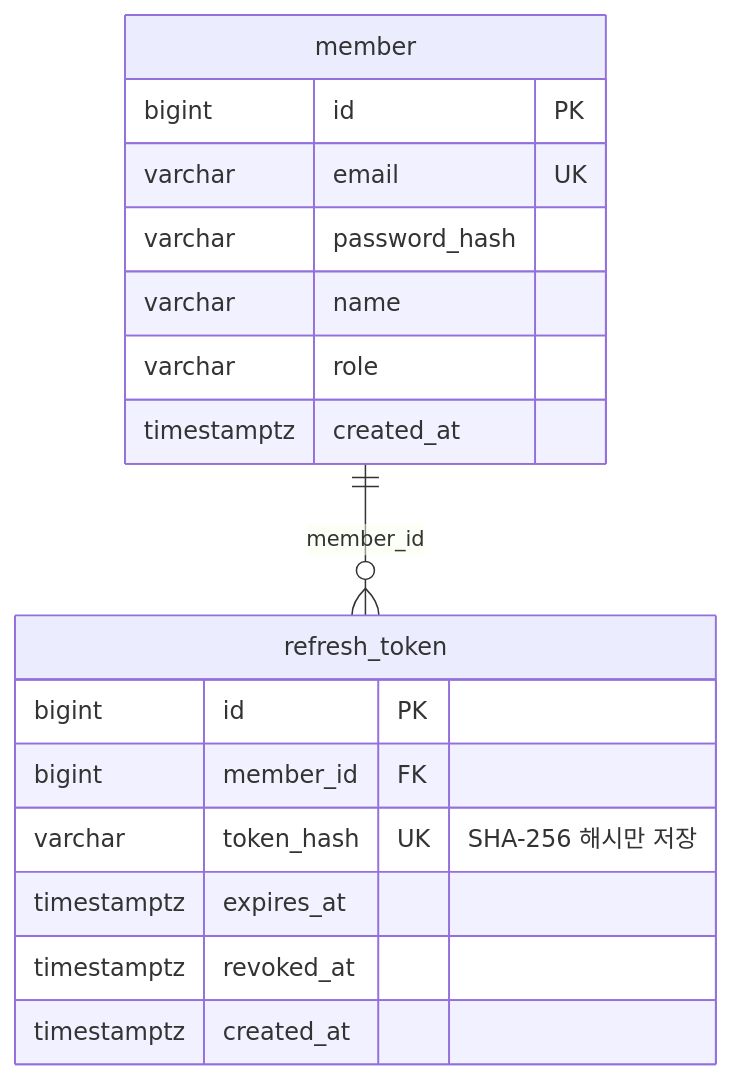
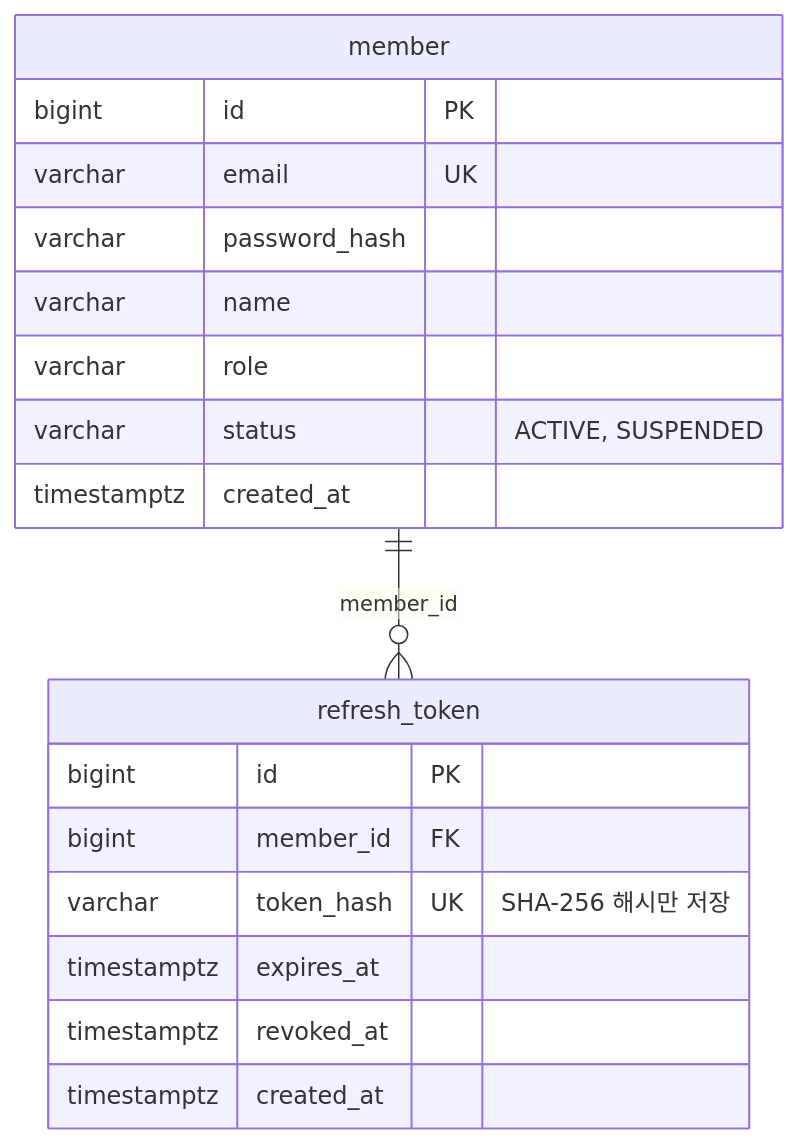
The first of 7 diagrams in docs/architecture/erd.md (jkonury/ticketing), drawn with Mermaid before and after one commit. The commit also changed other lines of this file and 9 other files, not shown here.

````diff
--- a/docs/architecture/erd.md
+++ b/docs/architecture/erd.md
@@ -24,20 +24,21 @@
 ```mermaid
 erDiagram
     member ||--o{ refresh_token : "member_id"
     member {
         bigint id PK
         varchar email UK
         varchar password_hash
         varchar name
         varchar role
+        varchar status "ACTIVE, SUSPENDED"
         timestamptz created_at
     }
     refresh_token {
         bigint id PK
         bigint member_id FK
         varchar token_hash UK "SHA-256 해시만 저장"
         timestamptz expires_at
         timestamptz revoked_at
         timestamptz created_at
     }
 ```
````
